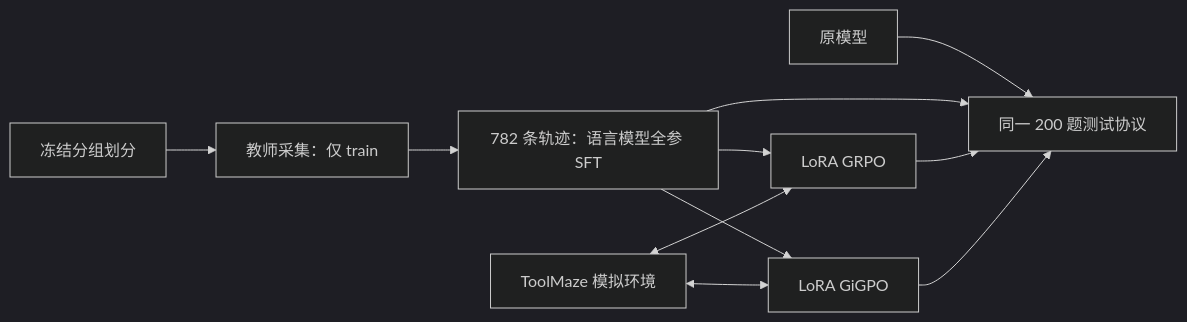
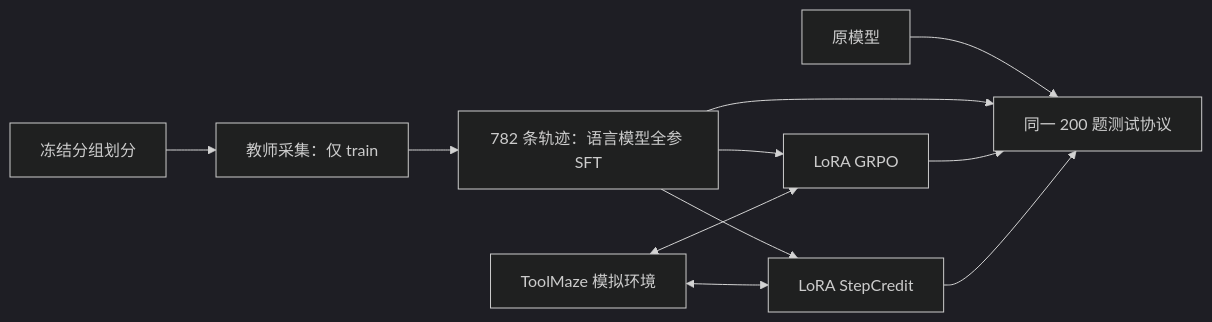
Before and after one commit to yun1104/program: the diagram in README.md, drawn with Mermaid (dark theme). The commit also changed other lines of this file and 605 other files, not shown here.

Commit message:
Present step-level credit assignment improvements and unify StepCredit naming

````diff
--- a/README.md
+++ b/README.md
@@ -53,13 +55,13 @@
 ```mermaid
 flowchart LR
     D[冻结分组划分] --> T[教师采集：仅 train]
     T --> S[782 条轨迹：语言模型全参 SFT]
     S --> G[LoRA GRPO]
-    S --> H[LoRA GiGPO]
+    S --> H[LoRA StepCredit]
     E[ToolMaze 模拟环境] <--> G
     E <--> H
     B[原模型] --> V[同一 200 题测试协议]
     S --> V
     G --> V
     H --> V
 ```
````
